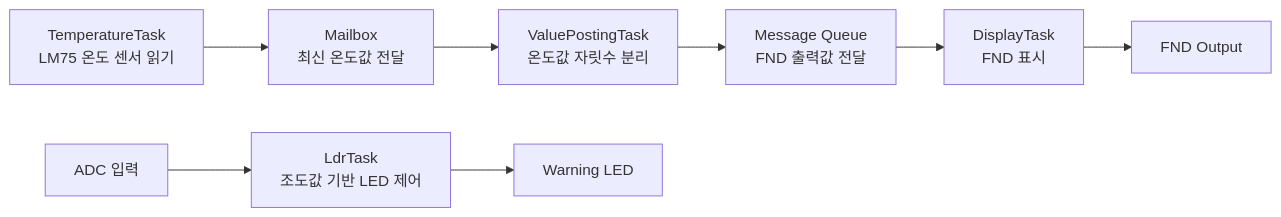
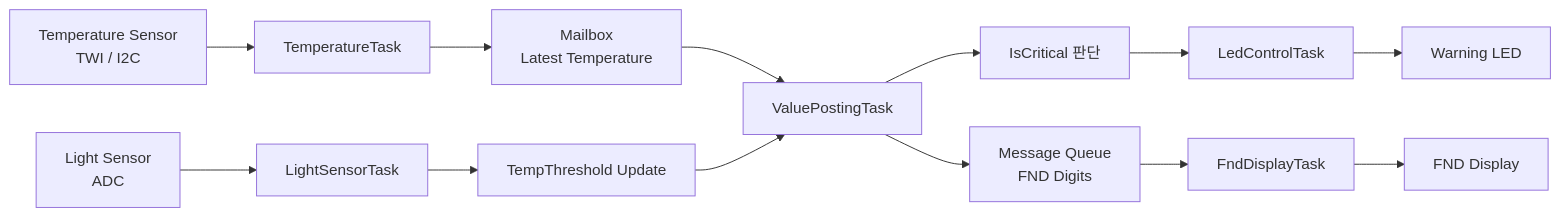
The second of 3 diagrams in index.md (ttaeyong/ttaeyong.github.io), drawn with Mermaid before and after one commit. The commit also changed other lines of this file, not shown here.

````diff
--- a/index.md
+++ b/index.md
@@ -248,21 +326,34 @@
 ```mermaid
 flowchart LR
-    T1[TemperatureTask\nLM75 온도 센서 읽기]
-    MBOX[Mailbox\n최신 온도값 전달]
-    T2[ValuePostingTask\n온도값 자릿수 분리]
-    QUEUE[Message Queue\nFND 출력값 전달]
-    T3[DisplayTask\nFND 표시]
-    T4[LdrTask\n조도값 기반 LED 제어]
-    ADC[ADC 입력]
+    TEMP[Temperature Sensor<br/>TWI / I2C]
+    LIGHT[Light Sensor<br/>ADC]
+
+    T1[TemperatureTask]
+    T2[LightSensorTask]
+    MBOX[Mailbox<br/>Latest Temperature]
+    T3[ValuePostingTask]
+    QUEUE[Message Queue<br/>FND Digits]
+    T4[FndDisplayTask]
+    T5[LedControlTask]
+
+    THRESH[TempThreshold Update]
+    STATE[IsCritical 판단]
+    FND[FND Display]
     LED[Warning LED]
-    FND[FND Output]
 
+    TEMP --> T1
     T1 --> MBOX
-    MBOX --> T2
-    T2 --> QUEUE
-    QUEUE --> T3
-    T3 --> FND
+    MBOX --> T3
 
-    ADC --> T4
-    T4 --> LED
+    LIGHT --> T2
+    T2 --> THRESH
+    THRESH --> T3
+
+    T3 --> STATE
+    T3 --> QUEUE
+    QUEUE --> T4
+    T4 --> FND
+
+    STATE --> T5
+    T5 --> LED
 ```
````
